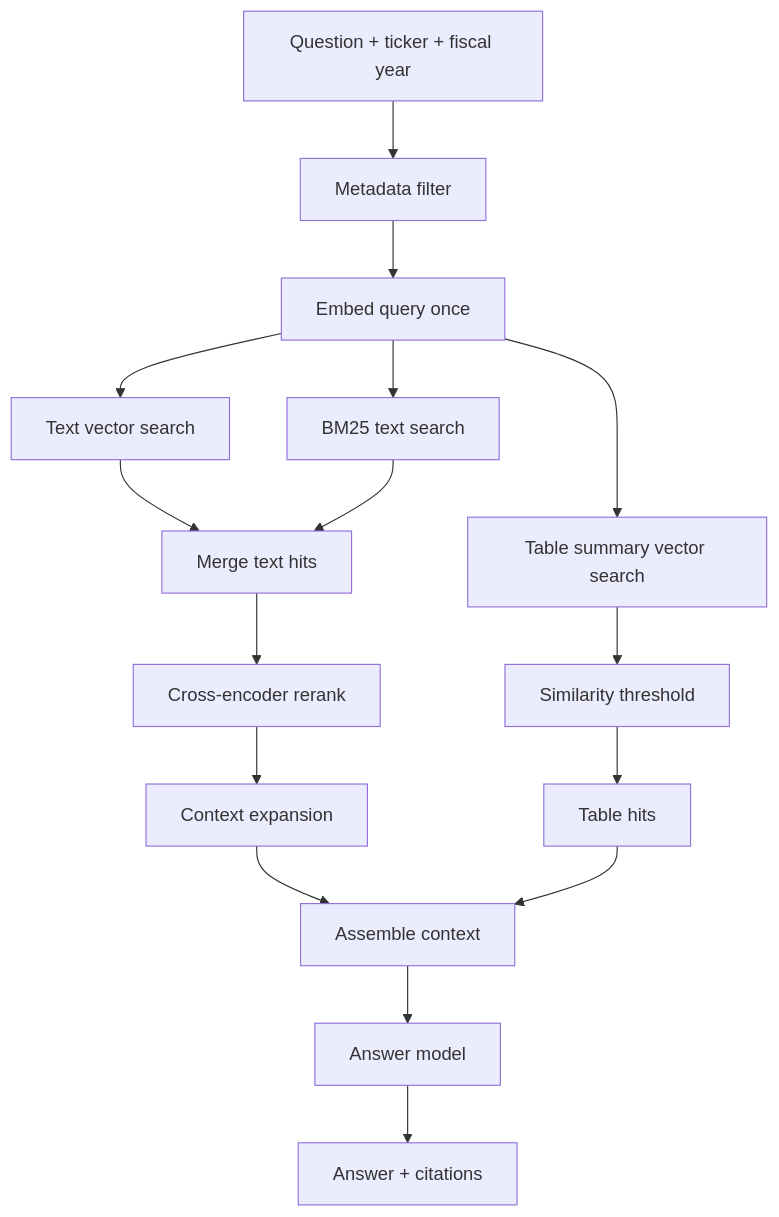
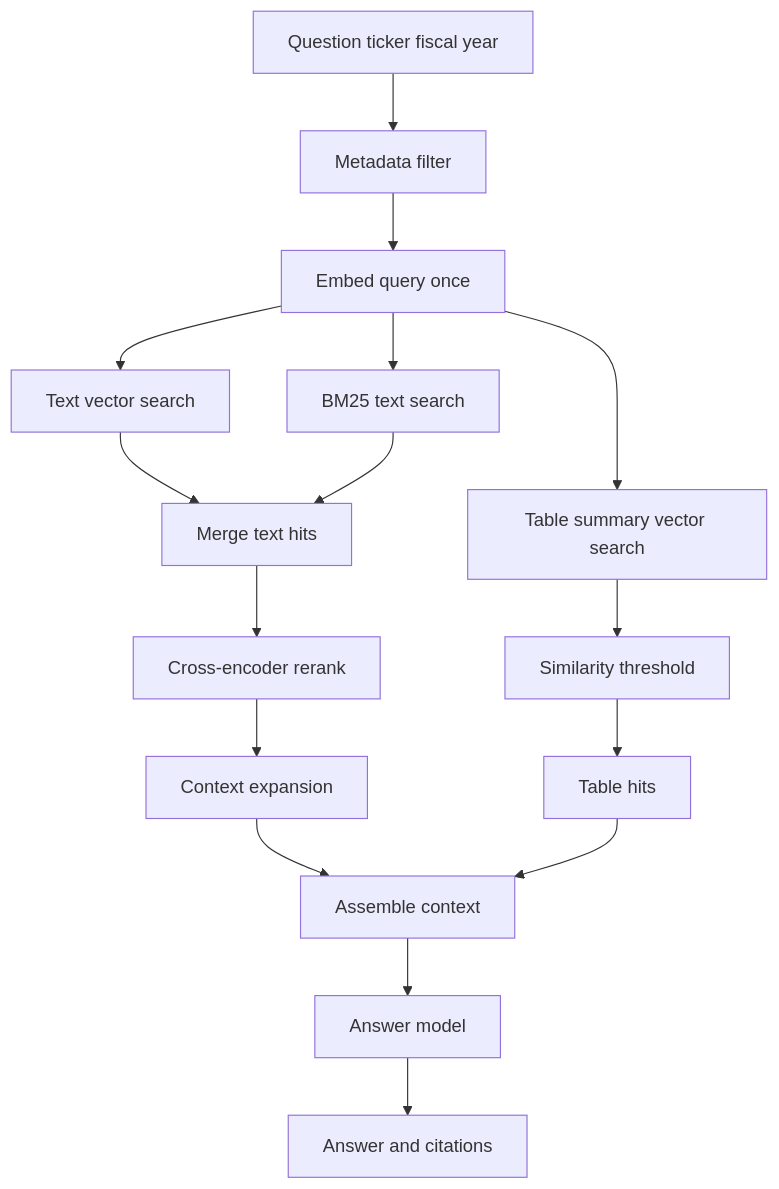
The third of 3 diagrams in README.md (yichen0411/10k-agentic-rag), drawn with Mermaid before and after one commit. The commit also changed other lines of this file and 8 other files, not shown here.

````diff
--- a/README.md
+++ b/README.md
@@ -52,18 +52,18 @@
 ```mermaid
-flowchart TD
-  Q[Question + ticker + fiscal year] --> F[Metadata filter]
-  F --> E[Embed query once]
-  E --> VT[Text vector search]
-  E --> BM[BM25 text search]
-  E --> TS[Table summary vector search]
-  VT --> M[Merge text hits]
-  BM --> M
-  M --> R[Cross-encoder rerank]
-  R --> X[Context expansion]
-  TS --> TH[Similarity threshold]
-  TH --> TC[Table hits]
-  X --> CTX[Assemble context]
-  TC --> CTX
-  CTX --> LLM[Answer model]
-  LLM --> OUT[Answer + citations]
+graph TD
+  q[Question ticker fiscal year] --> f[Metadata filter]
+  f --> e[Embed query once]
+  e --> vt[Text vector search]
+  e --> bm[BM25 text search]
+  e --> ts[Table summary vector search]
+  vt --> m[Merge text hits]
+  bm --> m
+  m --> r[Cross-encoder rerank]
+  r --> x[Context expansion]
+  ts --> th[Similarity threshold]
+  th --> tc[Table hits]
+  x --> ctx[Assemble context]
+  tc --> ctx
+  ctx --> llm[Answer model]
+  llm --> out[Answer and citations]
 ```
````
